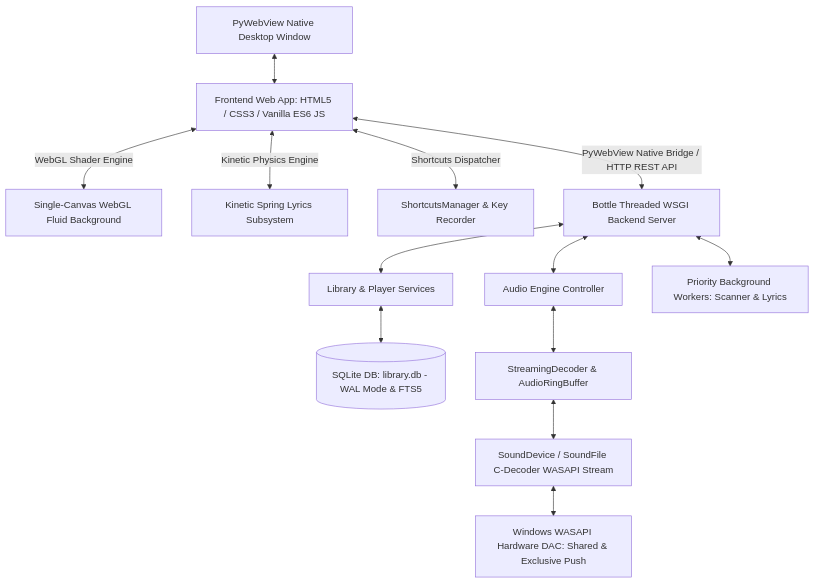
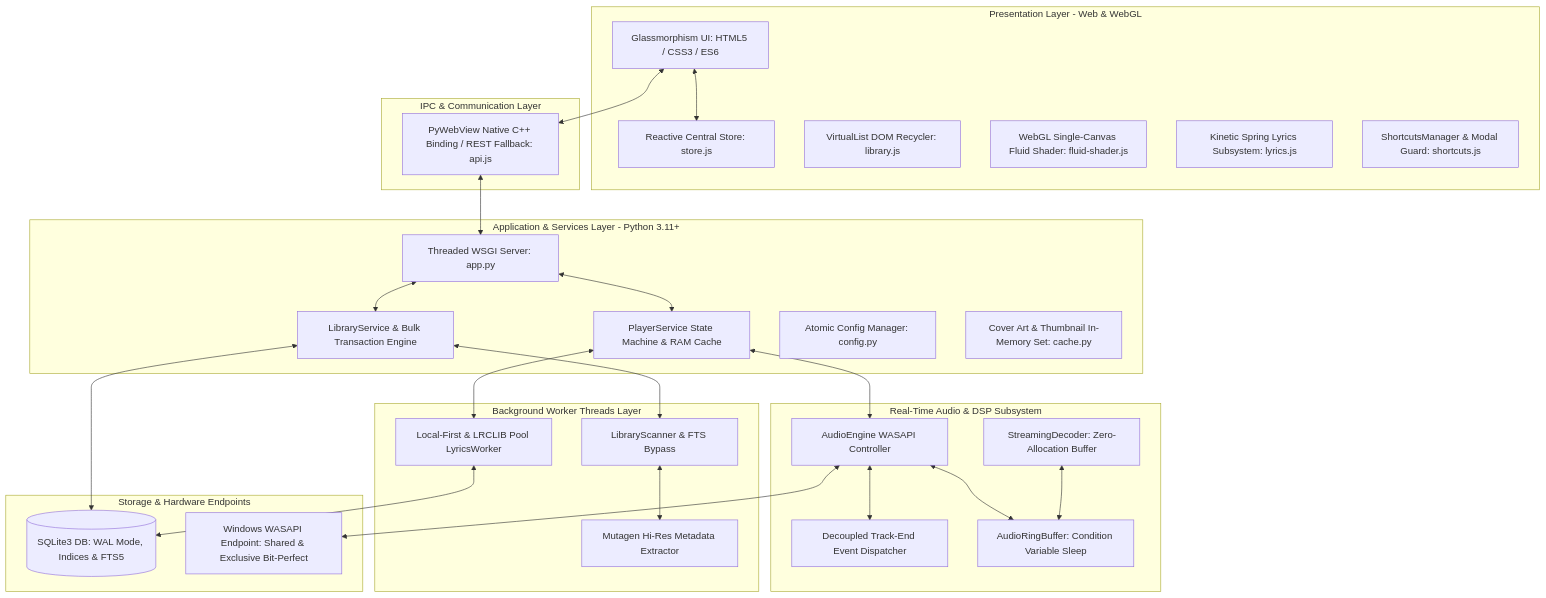
One commit to zenny126/ZFPlayer changed the first of 3 diagrams in architect.md. Above: the diagram before and after it, drawn with Mermaid. The commit also changed other lines of this file and 31 other files, not shown here.

Commit message:
perf(core): complete system-wide performance optimization, zero-allocation audio pipeline & architectural refactor

````diff
--- a/architect.md
+++ b/architect.md
@@ -11,15 +11,57 @@
 ```mermaid
 graph TD
-    A[PyWebView Native Desktop Window] <--> B[Frontend Web App: HTML5 / CSS3 / Vanilla ES6 JS]
-    B <-->|WebGL Shader Engine| W[Single-Canvas WebGL Fluid Background]
-    B <-->|Kinetic Physics Engine| L[Kinetic Spring Lyrics Subsystem]
-    B <-->|Shortcuts Dispatcher| S[ShortcutsManager & Key Recorder]
-    B <-->|PyWebView Native Bridge / HTTP REST API| C[Bottle Threaded WSGI Backend Server]
-    C <--> D[Library & Player Services]
-    C <--> E[Audio Engine Controller]
-    D <--> F[(SQLite DB: library.db - WAL Mode & FTS5)]
-    E <--> G[StreamingDecoder & AudioRingBuffer]
-    G <--> H[SoundDevice / SoundFile C-Decoder WASAPI Stream]
-    H <--> I[Windows WASAPI Hardware DAC: Shared & Exclusive Push]
-    C <--> K[Priority Background Workers: Scanner & Lyrics]
+    subgraph Frontend [Presentation Layer - Web & WebGL]
+        UI[Glassmorphism UI: HTML5 / CSS3 / ES6]
+        Store[Reactive Central Store: store.js]
+        VList[VirtualList DOM Recycler: library.js]
+        Shader[WebGL Single-Canvas Fluid Shader: fluid-shader.js]
+        Kinetic[Kinetic Spring Lyrics Subsystem: lyrics.js]
+        Shortcuts[ShortcutsManager & Modal Guard: shortcuts.js]
+    end
+
+    subgraph IPC [IPC & Communication Layer]
+        Bridge[PyWebView Native C++ Binding / REST Fallback: api.js]
+    end
+
+    subgraph Backend [Application & Services Layer - Python 3.11+]
+        Bottle[Threaded WSGI Server: app.py]
+        PlayerSvc[PlayerService State Machine & RAM Cache]
+        LibSvc[LibraryService & Bulk Transaction Engine]
+        ConfigMgr[Atomic Config Manager: config.py]
+        CacheMgr[Cover Art & Thumbnail In-Memory Set: cache.py]
+    end
+
+    subgraph Workers [Background Worker Threads Layer]
+        Scanner[LibraryScanner & FTS Bypass]
+        LyricsWorker[Local-First & LRCLIB Pool LyricsWorker]
+        MetaWorker[Mutagen Hi-Res Metadata Extractor]
+    end
+
+    subgraph AudioEngine [Real-Time Audio & DSP Subsystem]
+        Engine[AudioEngine WASAPI Controller]
+        Dispatcher[Decoupled Track-End Event Dispatcher]
+        RingBuf[AudioRingBuffer: Condition Variable Sleep]
+        Decoder[StreamingDecoder: Zero-Allocation Buffer]
+    end
+
+    subgraph Hardware [Storage & Hardware Endpoints]
+        DB[(SQLite3 DB: WAL Mode, Indices & FTS5)]
+        WASAPI[Windows WASAPI Endpoint: Shared & Exclusive Bit-Perfect]
+    end
+
+    UI <--> Store
+    UI <--> Bridge
+    Bridge <--> Bottle
+    Bottle <--> PlayerSvc
+    Bottle <--> LibSvc
+    PlayerSvc <--> Engine
+    Engine <--> Dispatcher
+    Engine <--> RingBuf
+    Decoder <--> RingBuf
+    Engine <--> WASAPI
+    LibSvc <--> DB
+    LibSvc <--> Scanner
+    Scanner <--> MetaWorker
+    PlayerSvc <--> LyricsWorker
+    LyricsWorker <--> DB
 ```
````
